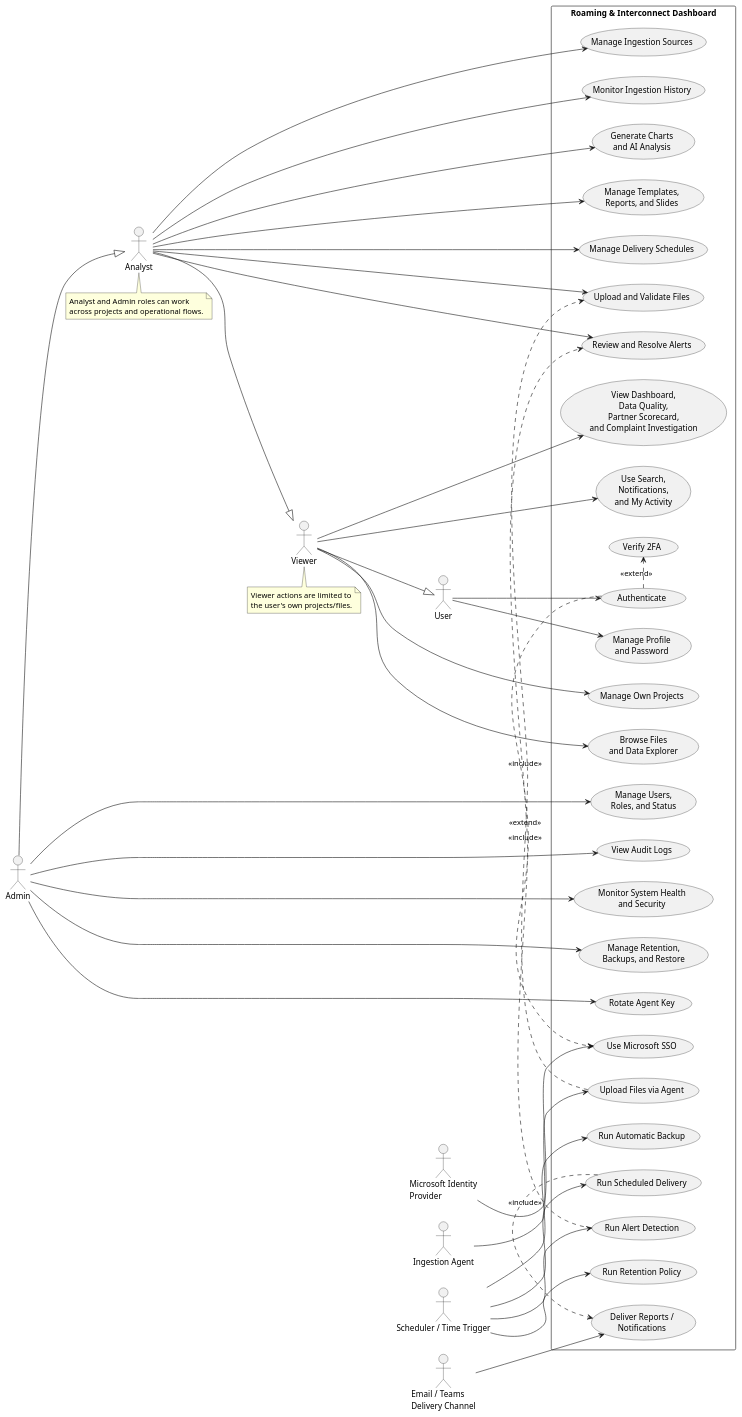
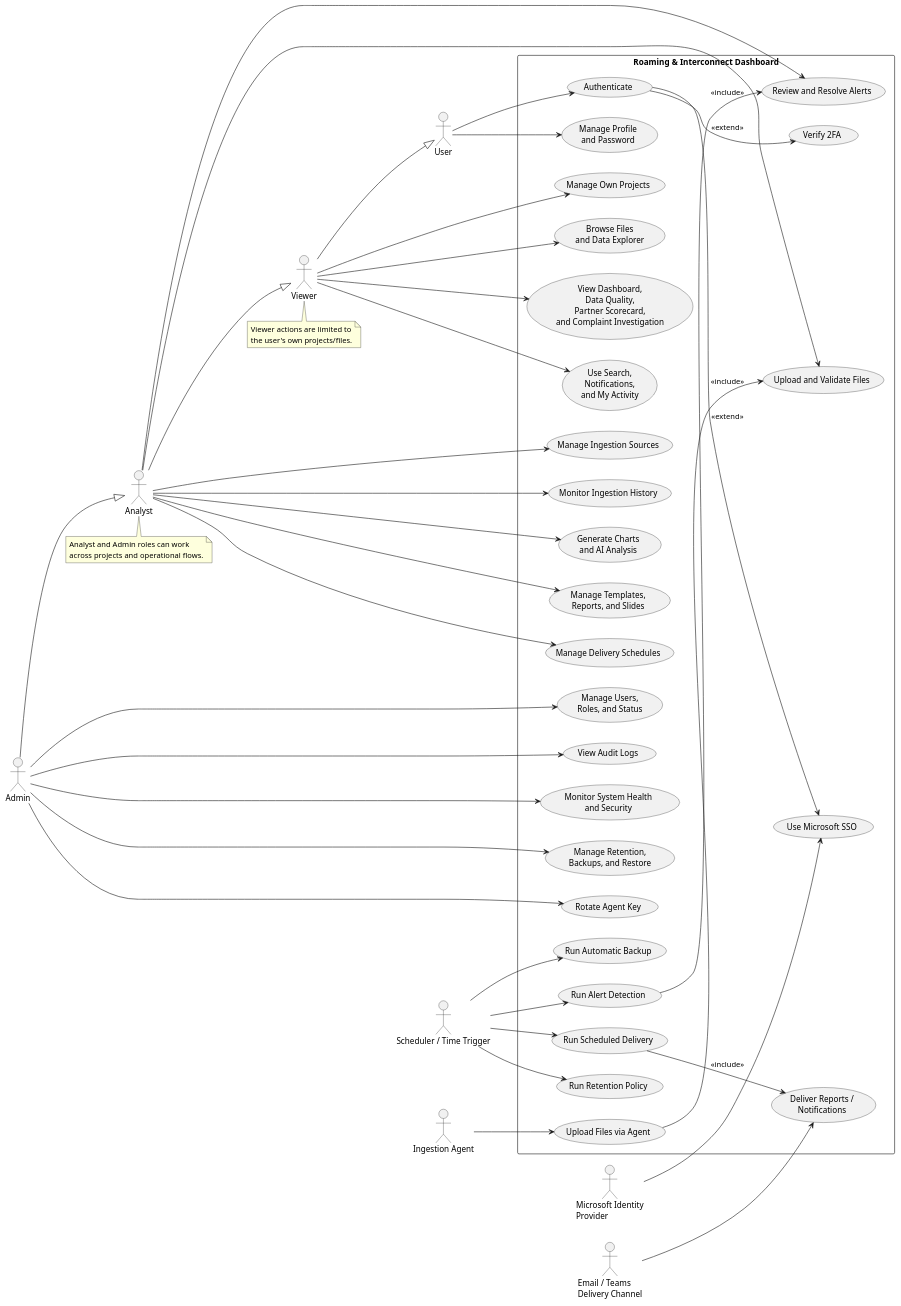
One commit to kannikakak/Roaming_Management_System_Project changed the diagram in docs/USE_CASE_DIAGRAM.puml. Above: the diagram before and after it, drawn with PlantUML. The commit also changed 29 other files, not shown here.

```diff
--- a/docs/USE_CASE_DIAGRAM.puml
+++ b/docs/USE_CASE_DIAGRAM.puml
@@ -1,97 +1,97 @@
 @startuml
 left to right direction
 skinparam shadowing false
 skinparam packageStyle rectangle
 
 actor "User" as User
 actor "Viewer" as Viewer
 actor "Analyst" as Analyst
 actor "Admin" as Admin
 actor "Microsoft Identity\nProvider" as Microsoft
 actor "Ingestion Agent" as Agent
 actor "Scheduler / Time Trigger" as Scheduler
 actor "Email / Teams\nDelivery Channel" as Delivery
 
 Viewer --|> User
 Analyst --|> Viewer
 Admin --|> Analyst
 
 rectangle "Roaming & Interconnect Dashboard" {
   usecase "Authenticate" as UC_Auth
   usecase "Use Microsoft SSO" as UC_SSO
   usecase "Verify 2FA" as UC_2FA
   usecase "Manage Profile\nand Password" as UC_Profile
 
   usecase "Manage Own Projects" as UC_Project
   usecase "Browse Files\nand Data Explorer" as UC_Files
   usecase "View Dashboard,\nData Quality,\nPartner Scorecard,\nand Complaint Investigation" as UC_Insights
   usecase "Use Search,\nNotifications,\nand My Activity" as UC_Self
 
   usecase "Upload and Validate Files" as UC_Upload
   usecase "Manage Ingestion Sources" as UC_Sources
   usecase "Monitor Ingestion History" as UC_IngestionHistory
   usecase "Generate Charts\nand AI Analysis" as UC_Charts
   usecase "Manage Templates,\nReports, and Slides" as UC_Reports
   usecase "Manage Delivery Schedules" as UC_Schedules
   usecase "Review and Resolve Alerts" as UC_Alerts
 
   usecase "Manage Users,\nRoles, and Status" as UC_Users
   usecase "View Audit Logs" as UC_Audit
   usecase "Monitor System Health\nand Security" as UC_System
   usecase "Manage Retention,\nBackups, and Restore" as UC_Backup
   usecase "Rotate Agent Key" as UC_AgentKey
 
   usecase "Upload Files via Agent" as UC_AgentUpload
   usecase "Run Scheduled Delivery" as UC_RunSchedules
   usecase "Deliver Reports /\nNotifications" as UC_Deliver
   usecase "Run Alert Detection" as UC_RunAlerts
   usecase "Run Retention Policy" as UC_Retention
   usecase "Run Automatic Backup" as UC_AutoBackup
 }
 
 User --> UC_Auth
 User --> UC_Profile
 
 Viewer --> UC_Project
 Viewer --> UC_Files
 Viewer --> UC_Insights
 Viewer --> UC_Self
 
 Analyst --> UC_Upload
 Analyst --> UC_Sources
 Analyst --> UC_IngestionHistory
 Analyst --> UC_Charts
 Analyst --> UC_Reports
 Analyst --> UC_Schedules
 Analyst --> UC_Alerts
 
 Admin --> UC_Users
 Admin --> UC_Audit
 Admin --> UC_System
 Admin --> UC_Backup
 Admin --> UC_AgentKey
 
 Microsoft --> UC_SSO
 Agent --> UC_AgentUpload
 Scheduler --> UC_RunSchedules
 Scheduler --> UC_RunAlerts
 Scheduler --> UC_Retention
 Scheduler --> UC_AutoBackup
 Delivery --> UC_Deliver
 
-UC_Auth .> UC_SSO : <<extend>>
-UC_Auth .> UC_2FA : <<extend>>
-UC_AgentUpload .> UC_Upload : <<include>>
-UC_RunSchedules .> UC_Deliver : <<include>>
-UC_RunAlerts .> UC_Alerts : <<include>>
+UC_Auth --> UC_SSO : <<extend>>
+UC_Auth --> UC_2FA : <<extend>>
+UC_AgentUpload --> UC_Upload : <<include>>
+UC_RunSchedules --> UC_Deliver : <<include>>
+UC_RunAlerts --> UC_Alerts : <<include>>
 
 note bottom of Viewer
   Viewer actions are limited to
   the user's own projects/files.
 end note
 
 note bottom of Analyst
   Analyst and Admin roles can work
   across projects and operational flows.
 end note
 @enduml
```
